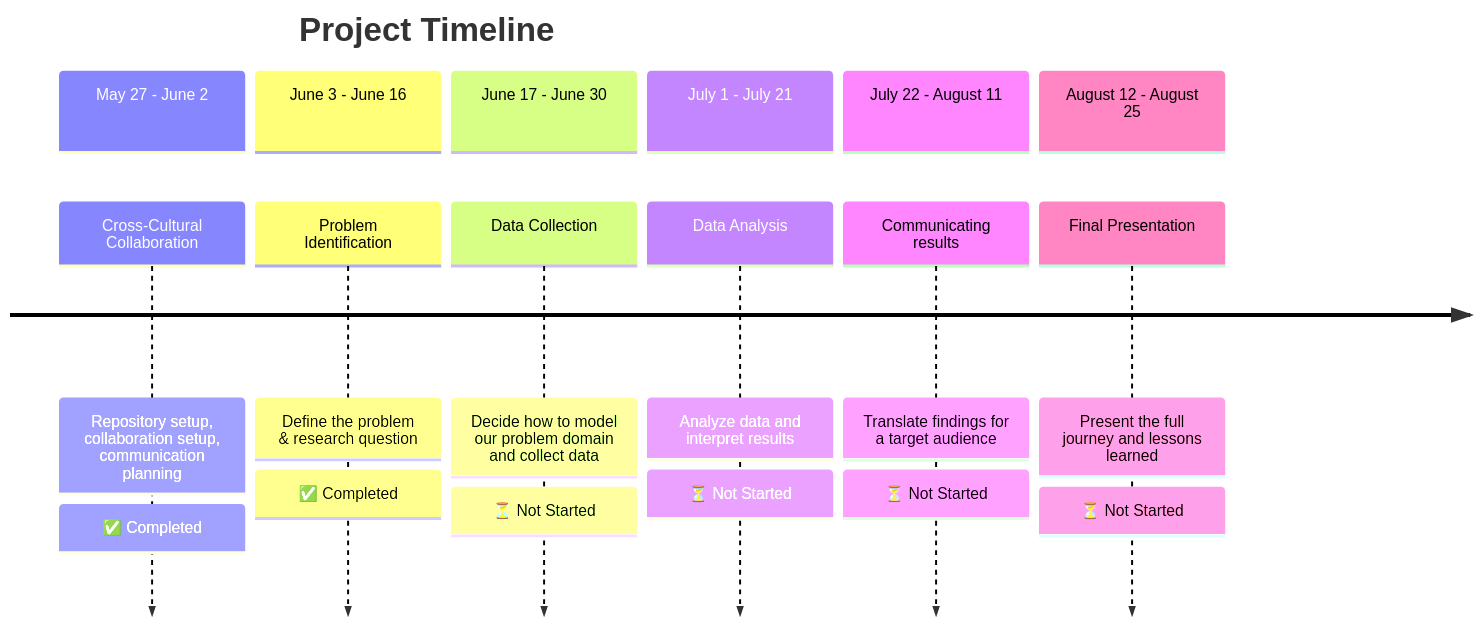
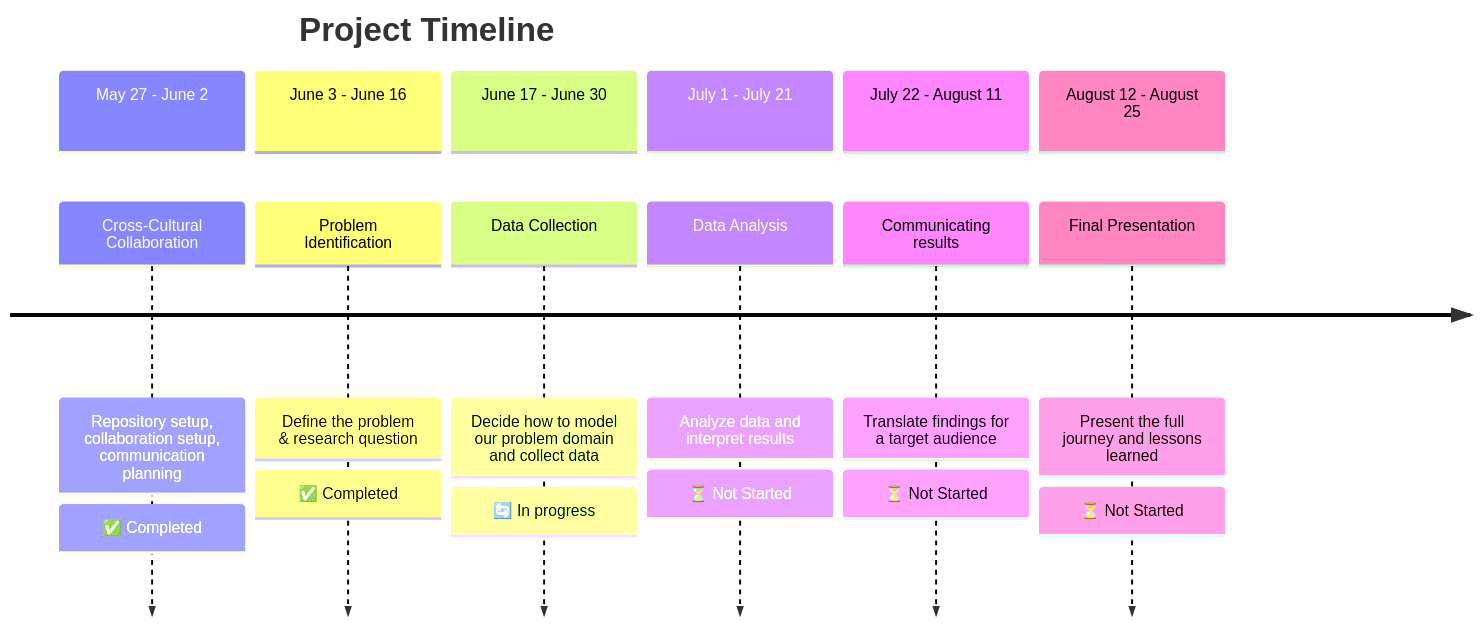
Before and after one commit to MIT-Emerging-Talent/ET6-CDSP-starter: the diagram in README.md, drawn with Mermaid. The commit also changed other lines of this file, not shown here.

Commit message:
update project timeline

````diff
--- a/README.md
+++ b/README.md
@@ -67,22 +67,22 @@
 ```mermaid
 timeline
     title Project Timeline
     section May 27 - June 2
         Cross-Cultural Collaboration :
             Repository setup, collaboration setup, communication planning : ✅ Completed
     section June 3 - June 16
         Problem Identification :
             Define the problem & research question : ✅ Completed
     section June 17 - June 30
         Data Collection :
-            Decide how to model our problem domain and collect data : ⏳ Not Started
+            Decide how to model our problem domain and collect data : 🔄 In progress
     section July 1 - July 21
         Data Analysis:
             Analyze data and interpret results : ⏳ Not Started
     section July 22 - August 11
         Communicating results:
             Translate findings for a target audience : ⏳ Not Started
     section August 12 - August 25
         Final Presentation:
             Present the full journey and lessons learned : ⏳ Not Started
 ```
````
